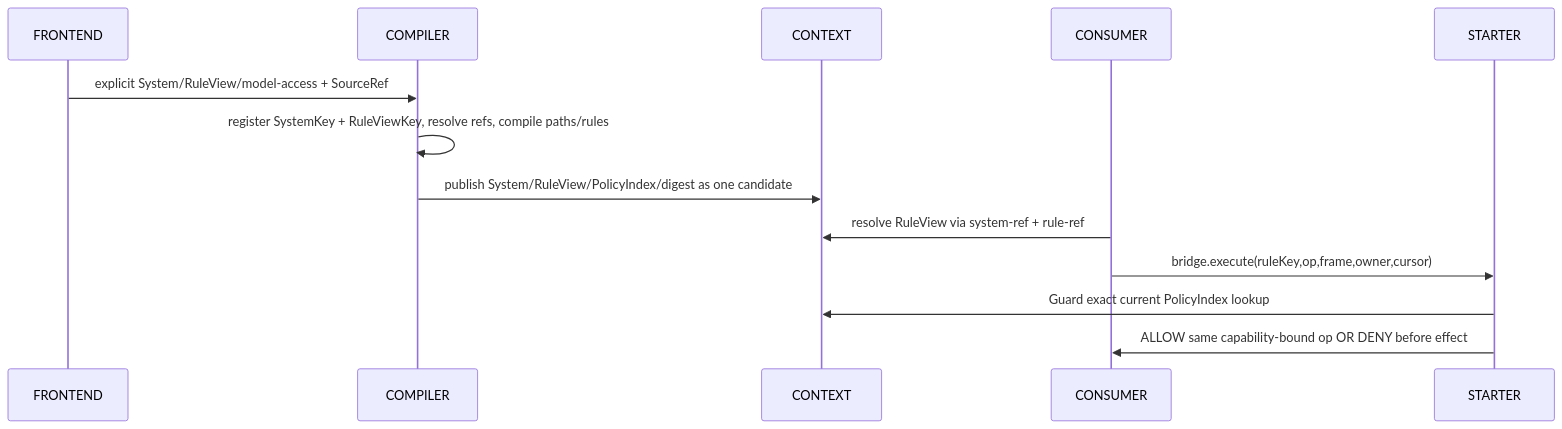
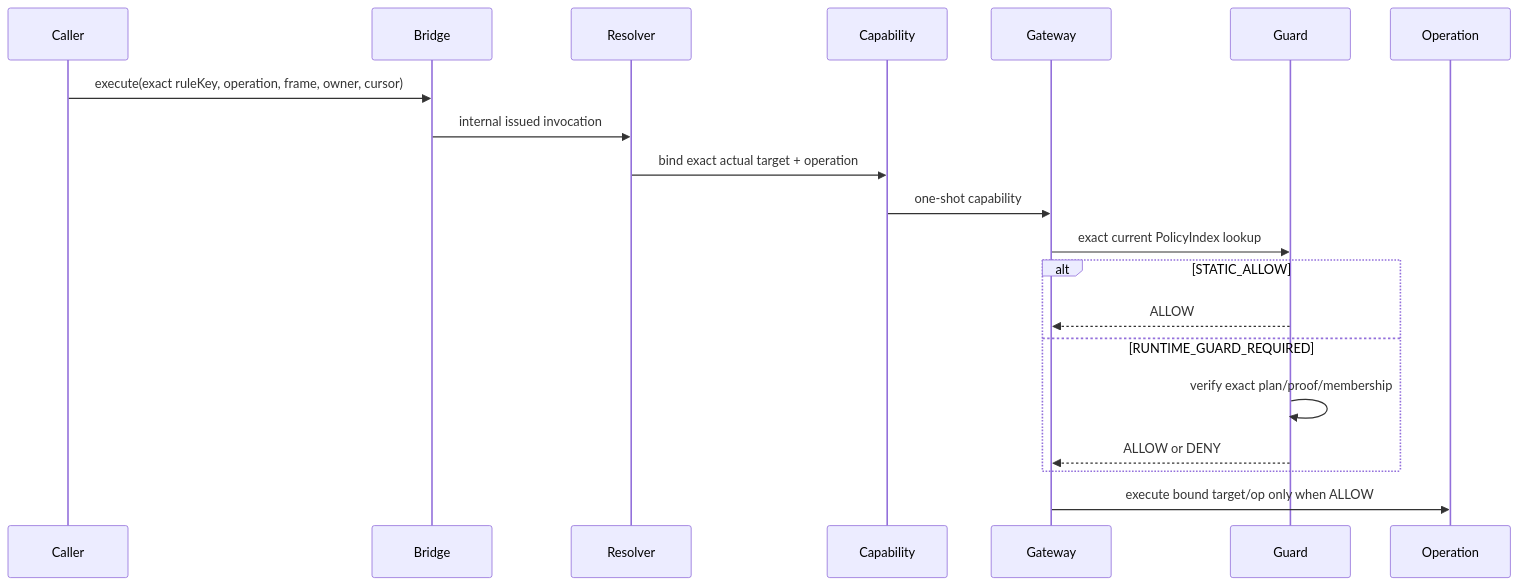
The third of 3 diagrams in project_doc/docs/_relations/dependency_graph.md (szlwin/doc-eq-code-Dgremlin), drawn with Mermaid before and after one commit. The commit also changed other lines of this file and 13 other files, not shown here.

````diff
--- a/project_doc/docs/_relations/dependency_graph.md
+++ b/project_doc/docs/_relations/dependency_graph.md
@@ -73,16 +52,23 @@
 ```mermaid
 sequenceDiagram
-  participant FRONTEND
-  participant COMPILER
-  participant CONTEXT
-  participant CONSUMER
-  participant STARTER
+  participant Caller
+  participant Bridge
+  participant Resolver
+  participant Capability
+  participant Gateway
+  participant Guard
+  participant Operation
 
-  FRONTEND->>COMPILER: explicit System/RuleView/model-access + SourceRef
-  COMPILER->>COMPILER: register SystemKey + RuleViewKey, resolve refs, compile paths/rules
-  COMPILER->>CONTEXT: publish System/RuleView/PolicyIndex/digest as one candidate
-  CONSUMER->>CONTEXT: resolve RuleView via system-ref + rule-ref
-  CONSUMER->>STARTER: bridge.execute(ruleKey,op,frame,owner,cursor)
-  STARTER->>CONTEXT: Guard exact current PolicyIndex lookup
-  STARTER->>CONSUMER: ALLOW same capability-bound op OR DENY before effect
+  Caller->>Bridge: execute(exact ruleKey, operation, frame, owner, cursor)
+  Bridge->>Resolver: internal issued invocation
+  Resolver->>Capability: bind exact actual target + operation
+  Capability->>Gateway: one-shot capability
+  Gateway->>Guard: exact current PolicyIndex lookup
+  alt STATIC_ALLOW
+    Guard-->>Gateway: ALLOW
+  else RUNTIME_GUARD_REQUIRED
+    Guard->>Guard: verify exact plan/proof/membership
+    Guard-->>Gateway: ALLOW or DENY
+  end
+  Gateway->>Operation: execute bound target/op only when ALLOW
 ```
````
